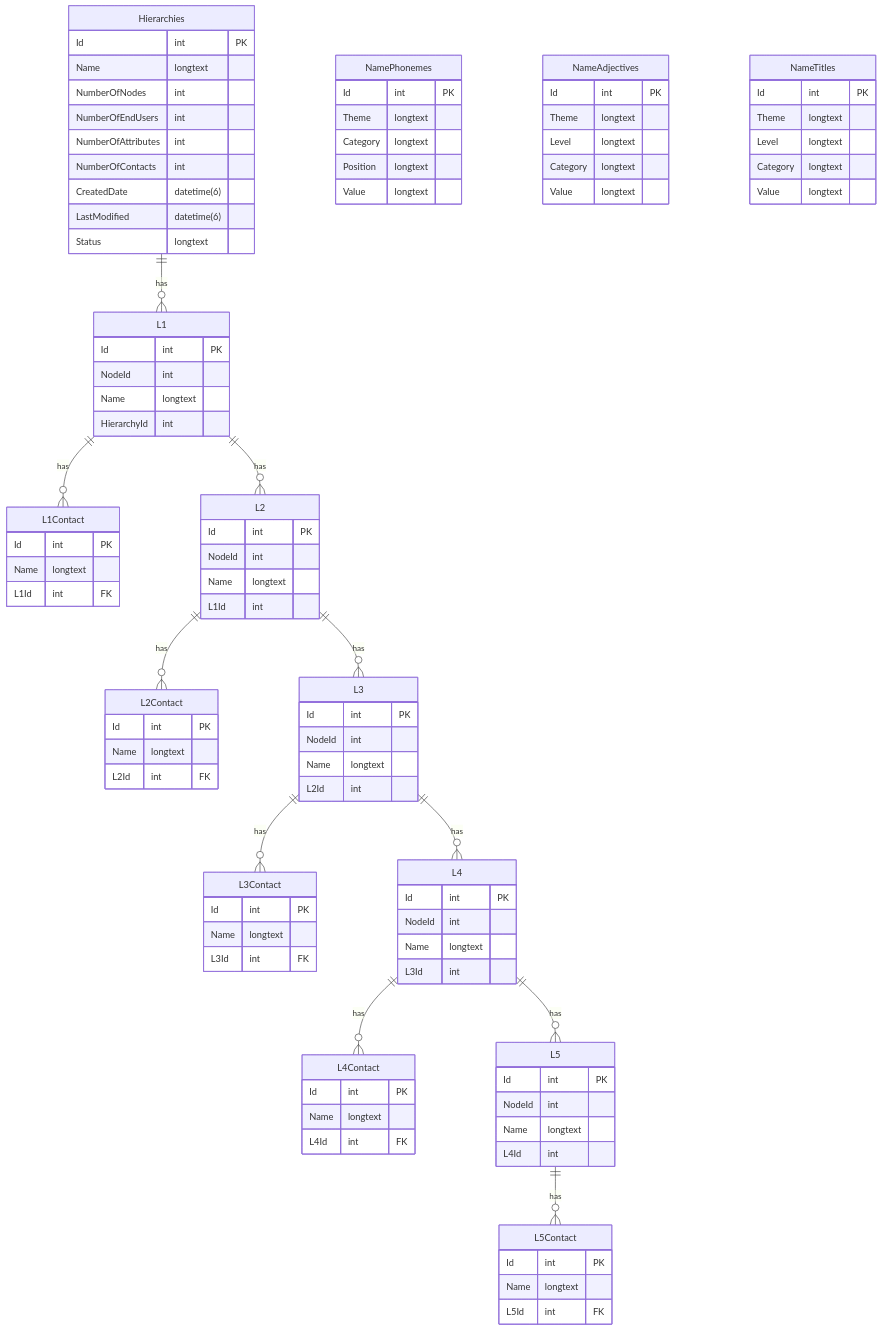
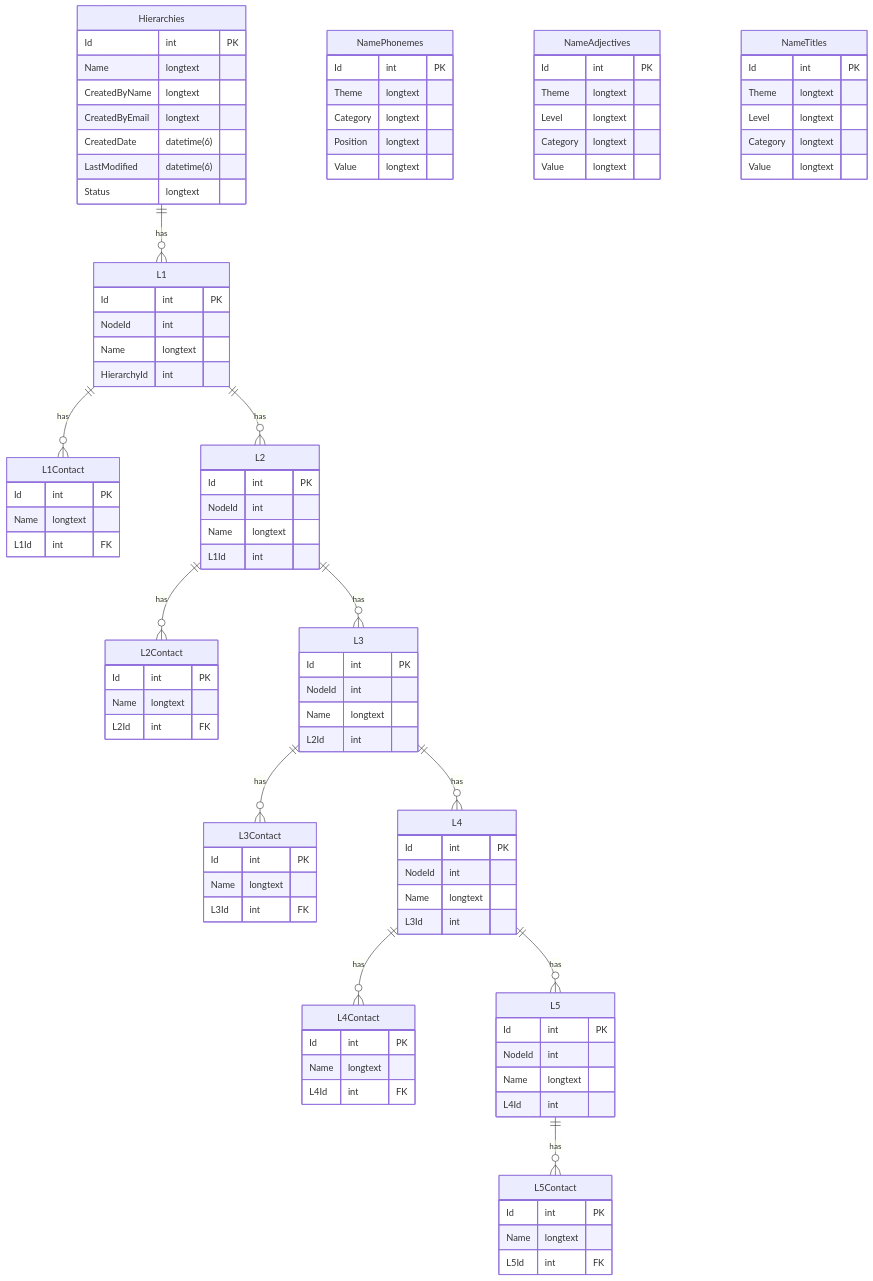
The diagram in HierarchyGeneratorDatabase/README.md (SandraTheSorceress/HierarchyGenerator), drawn with Mermaid before and after one commit.

Commit message:
#105 Updated the database er model with two new columns

```diff
--- a/HierarchyGeneratorDatabase/README.md
+++ b/HierarchyGeneratorDatabase/README.md
@@ -37,10 +37,8 @@
     Hierarchies {
         Id	int PK
         Name longtext
-        NumberOfNodes int
-        NumberOfEndUsers int
-        NumberOfAttributes int
-        NumberOfContacts int
+        CreatedByName longtext
+        CreatedByEmail longtext
         CreatedDate	datetime(6)
         LastModified datetime(6)
         Status longtext
```
